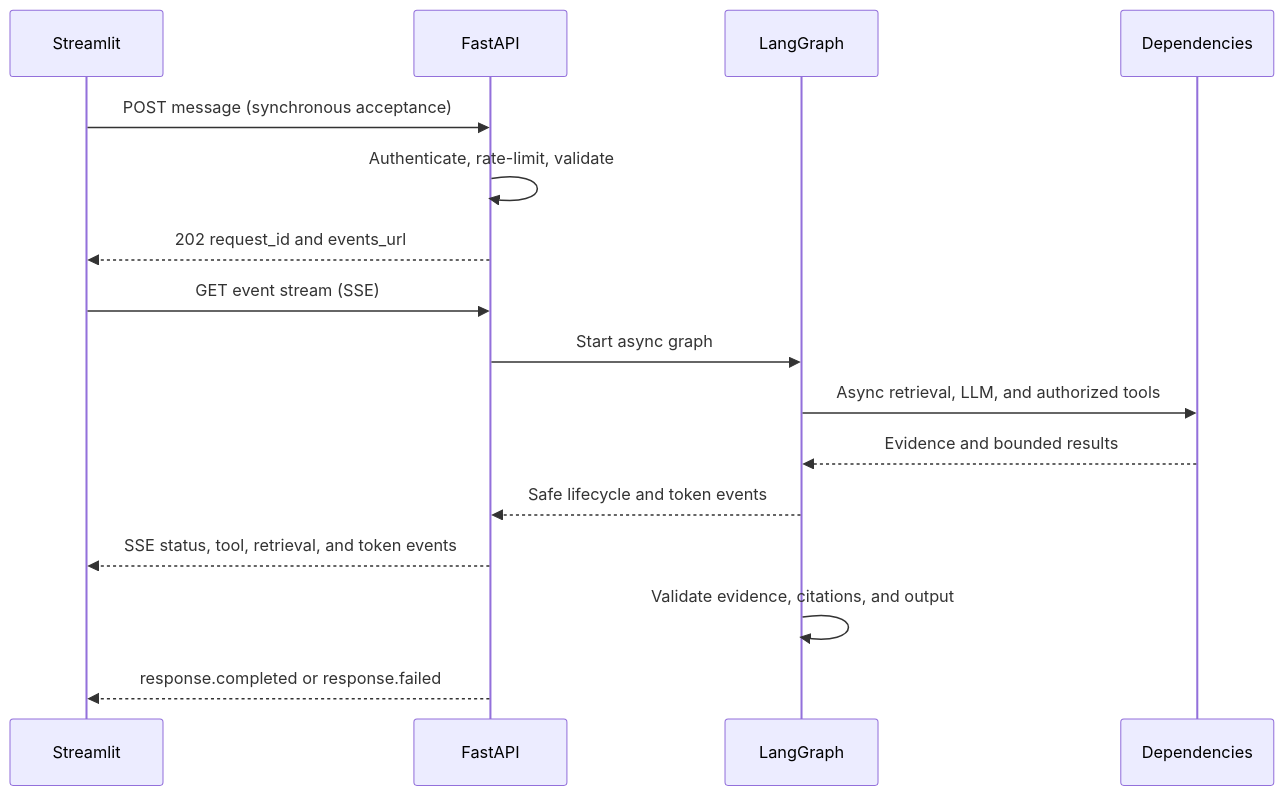
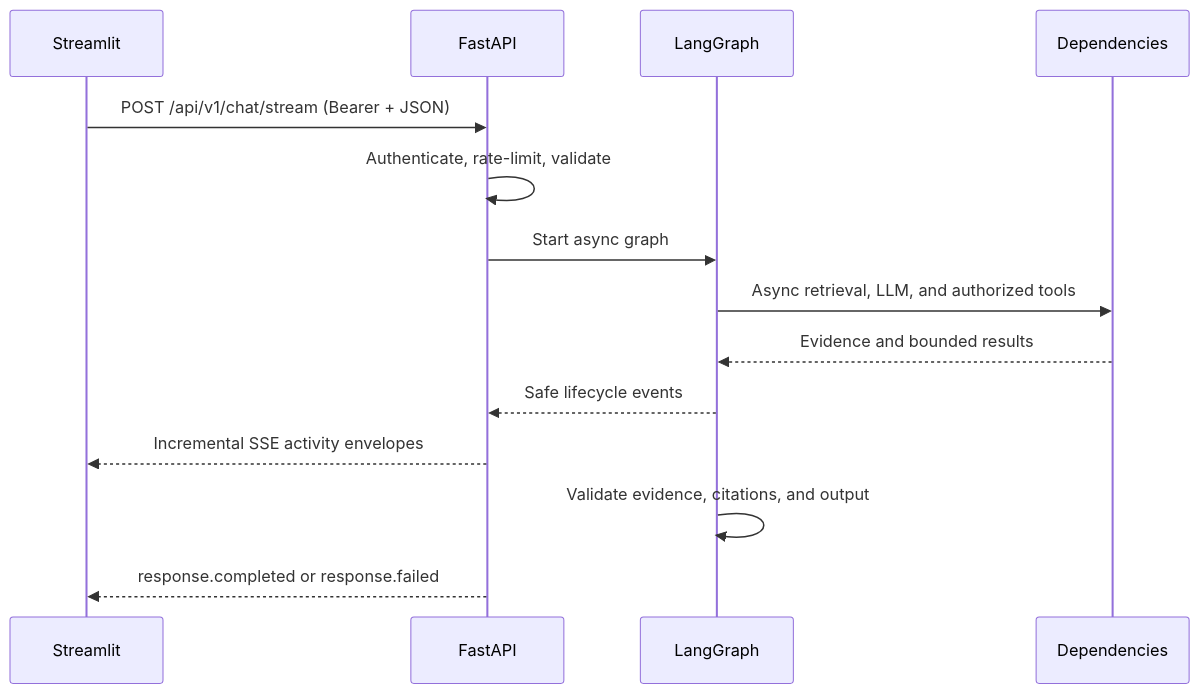
Before and after one commit to dakshina-d/enterprise-ai-knowledge-assistant: the third of 5 diagrams in docs/architecture.md, drawn with Mermaid. The commit also changed other lines of this file and 35 other files, not shown here.

Commit message:
feat: add Streamlit chat UI and agent activity panel

````diff
--- a/docs/architecture.md
+++ b/docs/architecture.md
@@ -81,18 +82,16 @@
 ```mermaid
 sequenceDiagram
     participant U as Streamlit
     participant A as FastAPI
     participant G as LangGraph
     participant D as Dependencies
-    U->>A: POST message (synchronous acceptance)
+    U->>A: POST /api/v1/chat/stream (Bearer + JSON)
     A->>A: Authenticate, rate-limit, validate
-    A-->>U: 202 request_id and events_url
-    U->>A: GET event stream (SSE)
     A->>G: Start async graph
     G->>D: Async retrieval, LLM, and authorized tools
     D-->>G: Evidence and bounded results
-    G-->>A: Safe lifecycle and token events
-    A-->>U: SSE status, tool, retrieval, and token events
+    G-->>A: Safe lifecycle events
+    A-->>U: Incremental SSE activity envelopes
     G->>G: Validate evidence, citations, and output
     A-->>U: response.completed or response.failed
 ```
````
